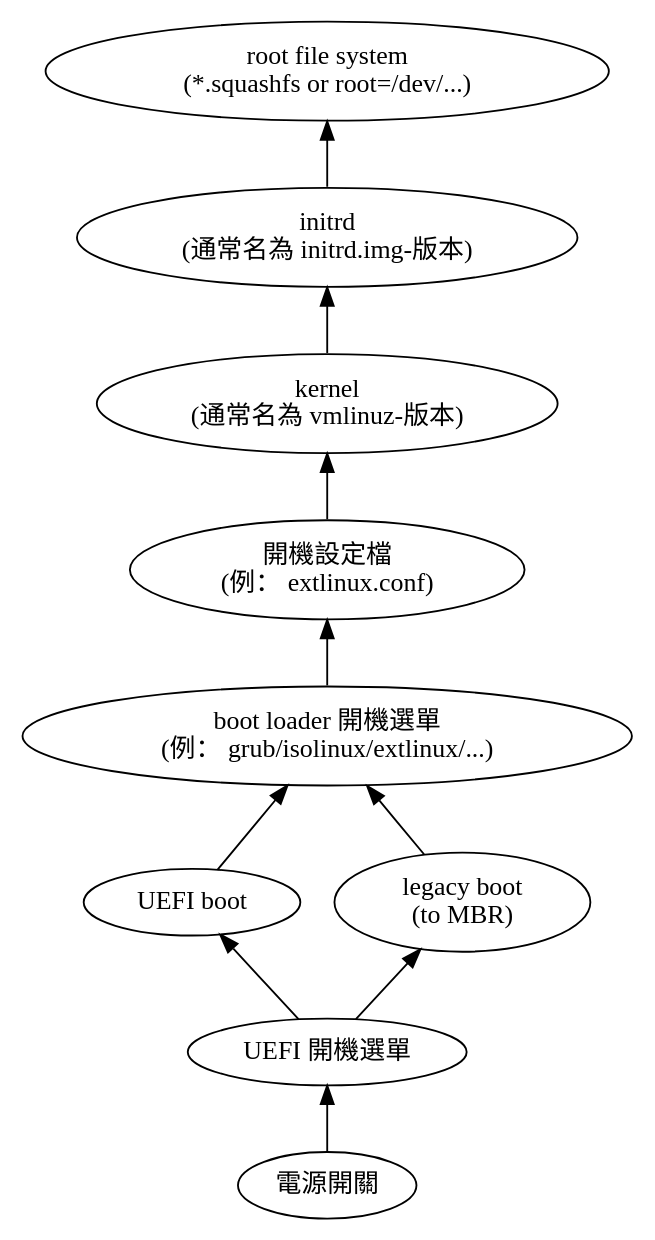
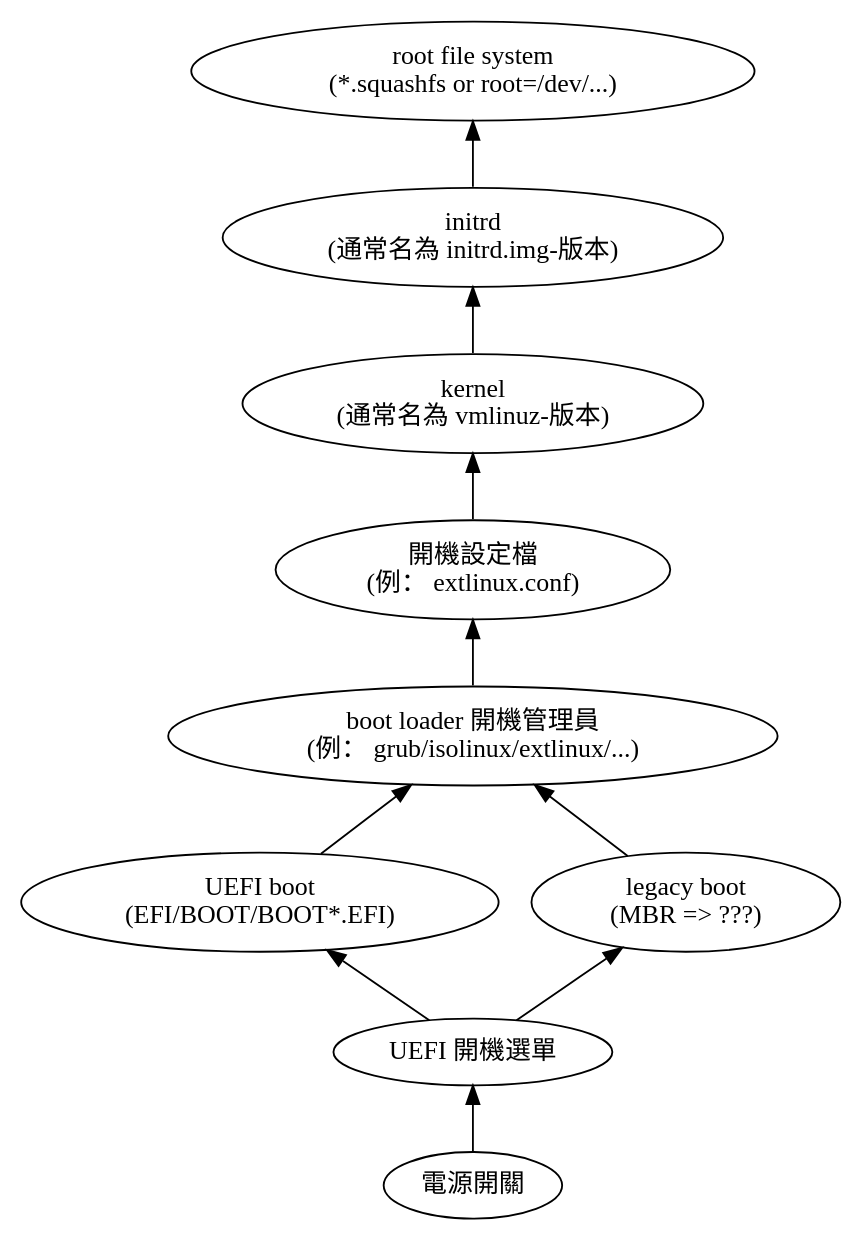
Before and after one commit to ckhung/ckhung.github.io: the diagram in a/m/21/linux-boot.dot, drawn with Graphviz. The commit also changed 1 other file, not shown here.

Commit message:
linux-boot.*

```diff
--- a/a/m/21/linux-boot.dot
+++ b/a/m/21/linux-boot.dot
@@ -1,18 +1,18 @@
 digraph "linux 開機流程" {
 
     rankdir = BT;
     overlap = scale;
 
     power [ label="電源開關" ];
     UEFI_menu [ label="UEFI 開機選單" ];
-    uefi_boot [ label="UEFI boot" ];
-    legacy_boot [ label="legacy boot\n(to MBR)" ];
-    boot_loader [ label="boot loader 開機選單\n(例： grub/isolinux/extlinux/...)" ];
+    uefi_boot [ label="UEFI boot\n(EFI/BOOT/BOOT*.EFI)" ];
+    legacy_boot [ label="legacy boot\n(MBR => ???)" ];
+    boot_loader [ label="boot loader 開機管理員\n(例： grub/isolinux/extlinux/...)" ];
     config [ label="開機設定檔\n(例： extlinux.conf)" ];
     kernel [ label="kernel\n(通常名為 vmlinuz-版本)" ];
     initrd [ label="initrd\n(通常名為 initrd.img-版本)" ];
     rootfs [ label="root file system\n(*.squashfs or root=/dev/...)" ];
 
     power -> UEFI_menu -> { uefi_boot legacy_boot }
 	  -> boot_loader -> config -> kernel -> initrd -> rootfs;
 }
```
